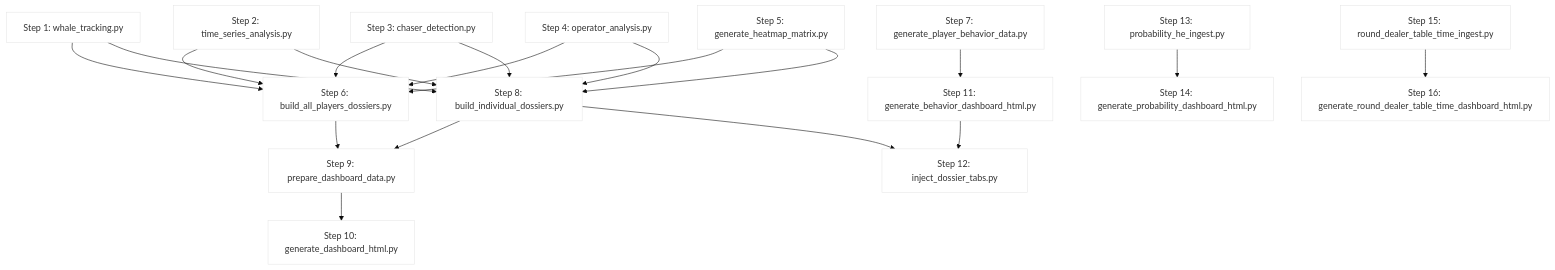
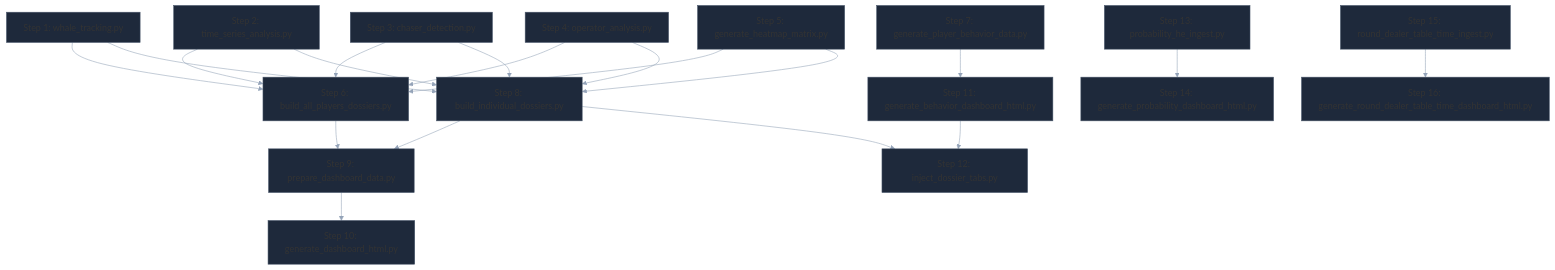
Before and after one commit to MagusZealot/OG-Product-BI: the fourth of 5 diagrams in workspace_map.md, drawn with Mermaid. The commit also changed other lines of this file, not shown here.

Commit message:
Update mermaid diagrams to use new theme variables for improved readability

````diff
--- a/workspace_map.md
+++ b/workspace_map.md
@@ -733,39 +624,39 @@
 ```mermaid
-%%{init: {'theme': 'base', 'themeVariables': { 'primaryColor': '#ffffff', 'primaryShapeFill': '#000000', 'fontFamily': 'sans-serif' }}}%%
+%%{init: {'theme': 'base', 'themeVariables': { 'primaryColor': '#1e293b', 'primaryBorderColor': '#475569', 'lineColor': '#94a3b8', 'textColor': '#f8fafc', 'secondaryColor': '#334155', 'tertiaryColor': '#0f172a', 'fontFamily': 'sans-serif' }}}%%
 flowchart TD
     step1[Step 1: whale_tracking.py]
     step2[Step 2: time_series_analysis.py]
     step3[Step 3: chaser_detection.py]
     step4[Step 4: operator_analysis.py]
     step5[Step 5: generate_heatmap_matrix.py]
     step6[Step 6: build_all_players_dossiers.py]
     step7[Step 7: generate_player_behavior_data.py]
     step8[Step 8: build_individual_dossiers.py]
     step9[Step 9: prepare_dashboard_data.py]
     step10[Step 10: generate_dashboard_html.py]
     step11[Step 11: generate_behavior_dashboard_html.py]
     step12[Step 12: inject_dossier_tabs.py]
     step13[Step 13: probability_he_ingest.py]
     step14[Step 14: generate_probability_dashboard_html.py]
     step15[Step 15: round_dealer_table_time_ingest.py]
     step16[Step 16: generate_round_dealer_table_time_dashboard_html.py]
 
     step1 --> step6
     step2 --> step6
     step3 --> step6
     step4 --> step6
     step5 --> step6
     step1 --> step8
     step2 --> step8
     step3 --> step8
     step4 --> step8
     step5 --> step8
     step6 --> step9
     step8 --> step9
     step9 --> step10
     step7 --> step11
     step11 --> step12
     step13 --> step14
     step15 --> step16
     step8 --> step12
 ```
````
